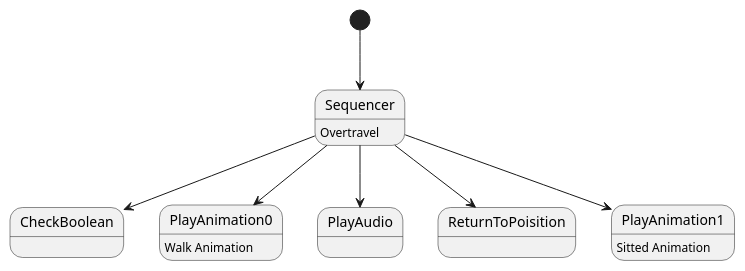
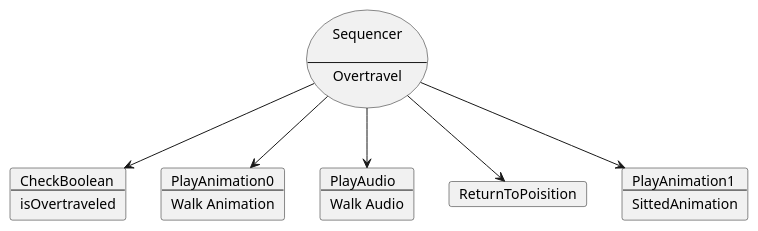
The diagram in 04. Portfolio/개발문서/BehaviourTree/Movement/Overtravel.puml (onedeo/Portfolio), drawn with PlantUML before and after one commit. The commit also changed 98 other files, not shown here.

```diff
--- a/04. Portfolio/개발문서/BehaviourTree/Movement/Overtravel.puml
+++ b/04. Portfolio/개발문서/BehaviourTree/Movement/Overtravel.puml
@@ -1,13 +1,38 @@
 @startuml
 
-[*]-->Sequencer
+usecase Sequencer[
+    Sequencer
+    
+    ---
+    Overtravel
+]
+card CheckBoolean[
+    CheckBoolean
+    ---
+    isOvertraveled
+]
+card PlayAnimation0[
+    PlayAnimation0
+    ---
+    Walk Animation
+]
+card PlayAudio[
+    PlayAudio
+    ---
+    Walk Audio
+]
+card ReturnToPoisition
+card PlayAnimation1[
+    PlayAnimation1
+    ---
+    SittedAnimation
+]
+
 Sequencer-->CheckBoolean
-Sequencer : Overtravel
 Sequencer-->PlayAnimation0
-PlayAnimation0 : Walk Animation
 Sequencer-->PlayAudio
 Sequencer-->ReturnToPoisition
 Sequencer-->PlayAnimation1
-PlayAnimation1 : Sitted Animation
+
 
 @enduml
```
